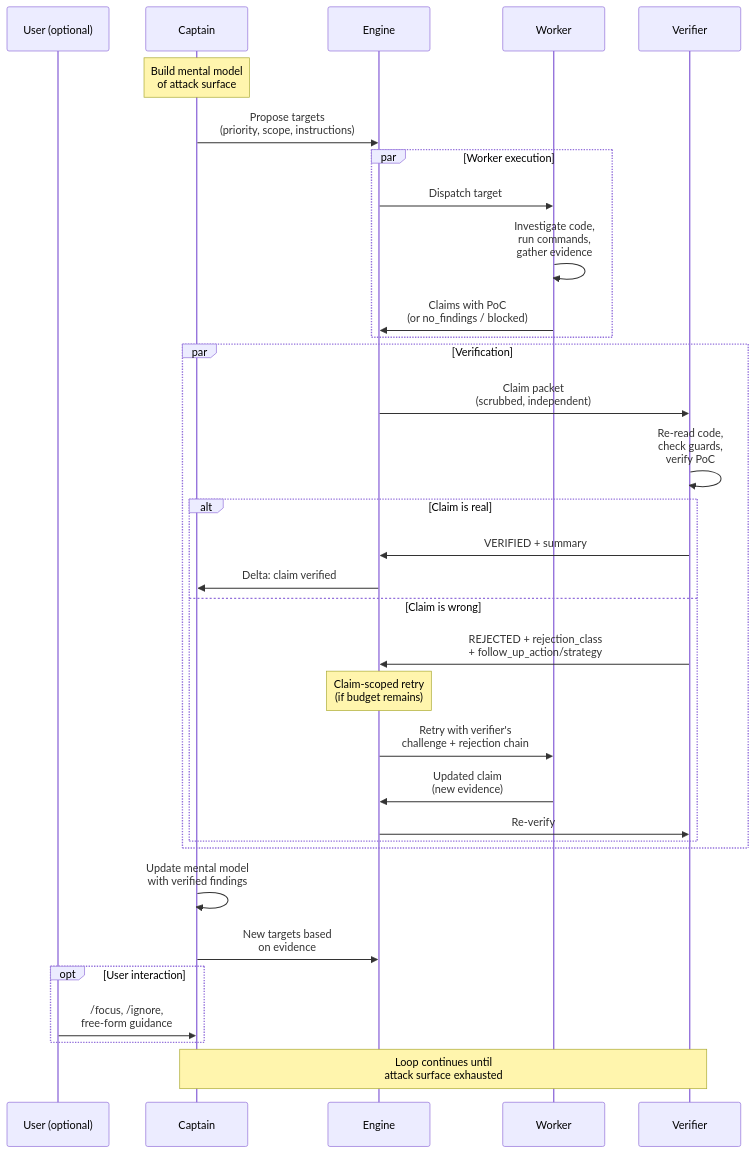
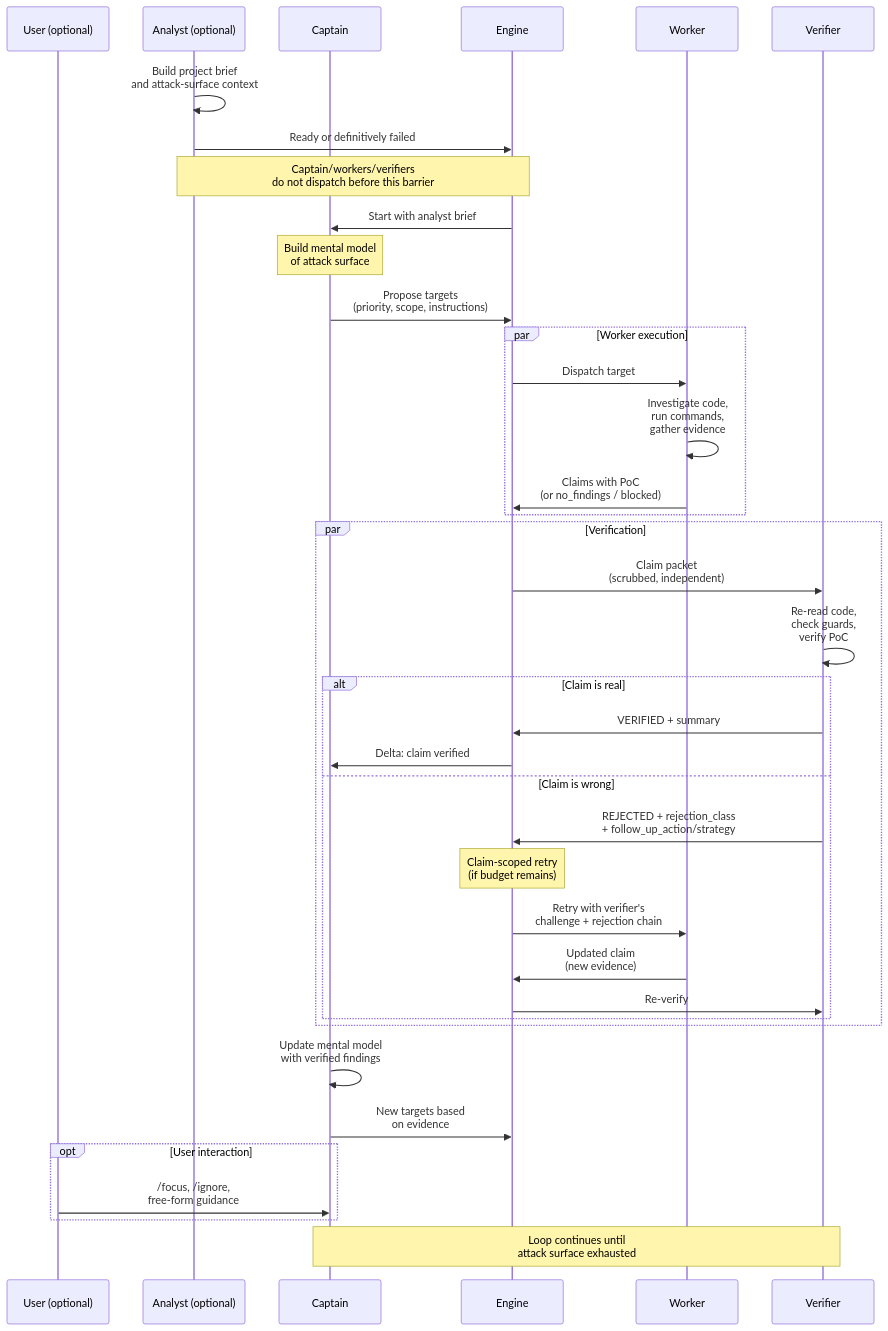
One commit to mowteam/juvenal changed the second of 5 diagrams in docs/analysis-workflow.md. Above: the diagram before and after it, drawn with Mermaid. The commit also changed other lines of this file and 18 other files, not shown here.

````diff
--- a/docs/analysis-workflow.md
+++ b/docs/analysis-workflow.md
@@ -51,42 +56,47 @@
 ```mermaid
 sequenceDiagram
     participant U as User (optional)
+    participant A as Analyst (optional)
     participant C as Captain
     participant E as Engine
     participant W as Worker
     participant V as Verifier
 
+    A->>A: Build project brief<br/>and attack-surface context
+    A->>E: Ready or definitively failed
+    Note over A,E: Captain/workers/verifiers<br/>do not dispatch before this barrier
+    E->>C: Start with analyst brief
     Note over C: Build mental model<br/>of attack surface
 
     C->>E: Propose targets<br/>(priority, scope, instructions)
     
     par Worker execution
         E->>W: Dispatch target
         W->>W: Investigate code,<br/>run commands,<br/>gather evidence
         W->>E: Claims with PoC<br/>(or no_findings / blocked)
     end
 
     par Verification
         E->>V: Claim packet<br/>(scrubbed, independent)
         V->>V: Re-read code,<br/>check guards,<br/>verify PoC
         alt Claim is real
             V->>E: VERIFIED + summary
             E->>C: Delta: claim verified
         else Claim is wrong
             V->>E: REJECTED + rejection_class<br/>+ follow_up_action/strategy
             Note over E: Claim-scoped retry<br/>(if budget remains)
             E->>W: Retry with verifier's<br/>challenge + rejection chain
             W->>E: Updated claim<br/>(new evidence)
             E->>V: Re-verify
         end
     end
 
     C->>C: Update mental model<br/>with verified findings
     C->>E: New targets based<br/>on evidence
 
     opt User interaction
         U->>C: /focus, /ignore,<br/>free-form guidance
     end
 
     Note over C,V: Loop continues until<br/>attack surface exhausted
 ```
````
